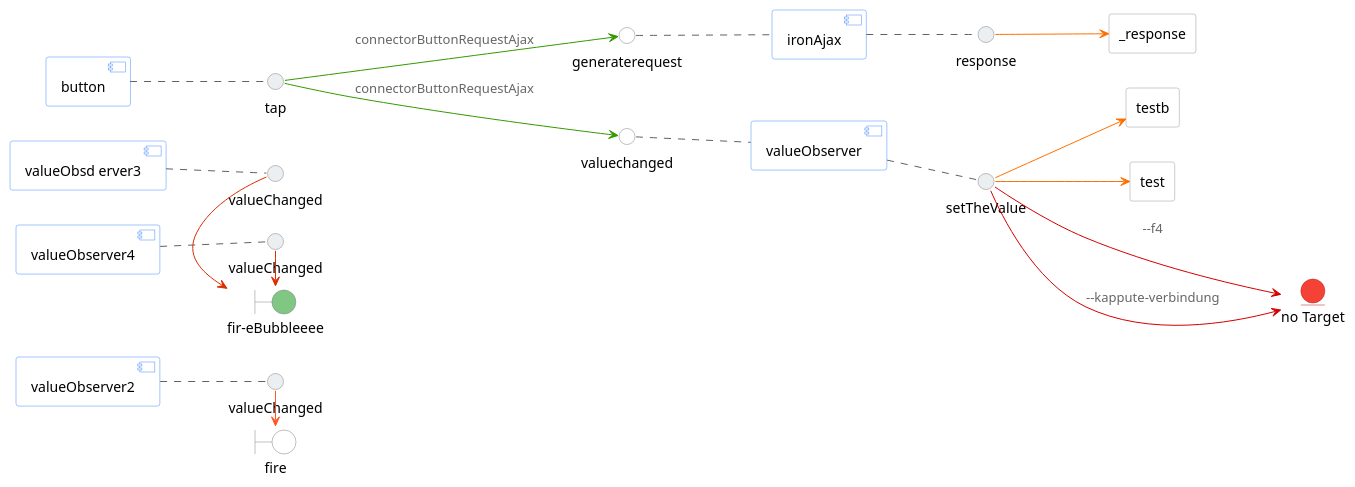
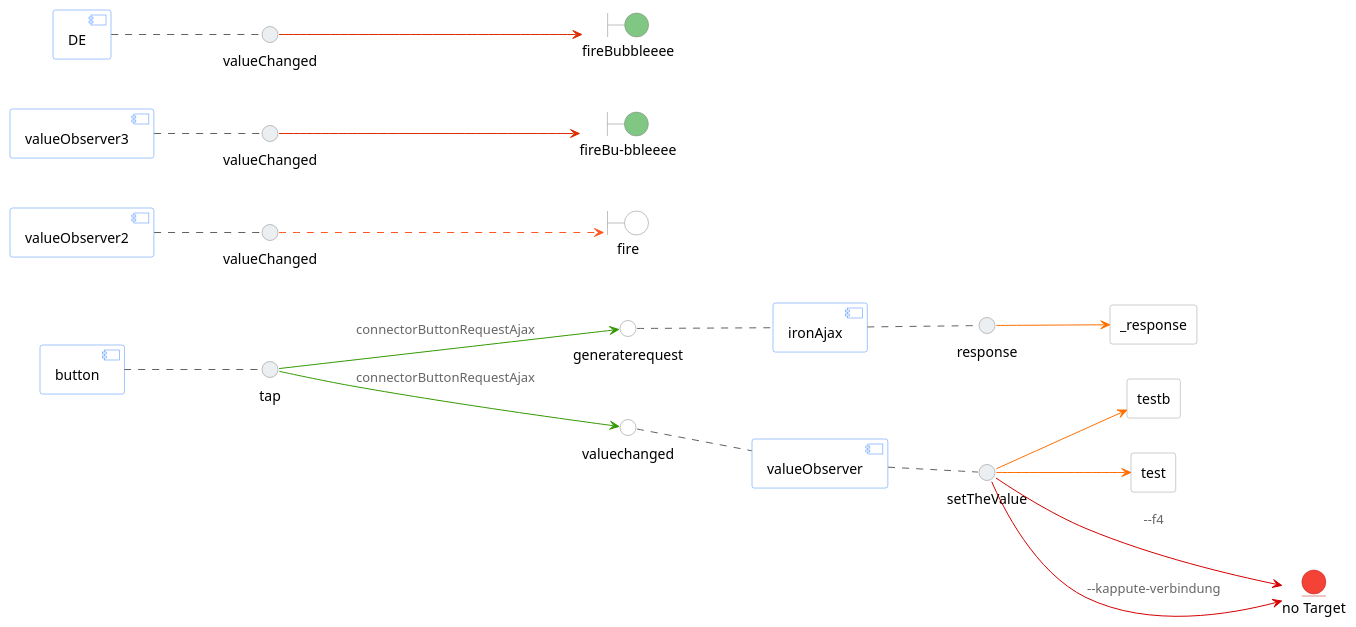
Before and after one commit to veith/flowbased-polymer: the diagram in ksd.puml, drawn with PlantUML. The commit also changed 2 other files, not shown here.

Commit message:
fire events and bubbling events with ^event and  ^^bubblingEvent

```diff
--- a/ksd.puml
+++ b/ksd.puml
@@ -1,62 +1,63 @@
 @startuml
 left to right direction
  skinparam interface {
 backgroundColor lightgrey
 borderColor grey
 }
 skinparam boundary {
 backgroundColor lightgrey
 borderColor grey
 }
 skinparam entity {
 backgroundColor #f44336
 borderColor #b71c1c
 }
 skinparam component {
 ArrowColor #339900
 ArrowFontColor #666666
 borderColor #448AFF
 }
 skinparam agent {
 ArrowFontColor #666666
 borderColor #999999
 }
 agent _response as valueelement_response #white
 component ironAjax #white
 agent testb as valueelementtestb #white
 component valueObserver #white
 agent test as valueelementtest #white
-boundary fire as fireFire #white
+boundary "fire" as fireFire #white
 component valueObserver2 #white
-boundary "fir-eBubbleeee" as firebubbleFirebubbleeee #81C784
-component "valueObsd erver3" as valueObserver3 #white
-component valueObserver4 #white
+boundary "fireBu-bbleeee" as firebubbleFirebuBbleeee #81C784
+component valueObserver3 #white
+boundary "fireBubbleeee" as firebubbleFirebubbleeee #81C784
+component "DE" as valueObserver4 #white
 component button #white
 interface generaterequest as interfaceGeneraterequestironAjax  #white
 interfaceGeneraterequestironAjax .. ironAjax #616161
 interface valuechanged as interfaceValuechangedvalueObserver  #white
 interfaceValuechangedvalueObserver .. valueObserver #616161
 interface response as interfaceResponseironAjax #ECEFF1
 ironAjax .. interfaceResponseironAjax #616161
 interfaceResponseironAjax --> valueelement_response #FF6F00
 interface setTheValue as interfaceSetTheValuevalueObserver #ECEFF1
 valueObserver .. interfaceSetTheValuevalueObserver #616161
 interfaceSetTheValuevalueObserver --> valueelementtestb #FF6F00
 interfaceSetTheValuevalueObserver --> valueelementtest #FF6F00
 interface valueChanged as interfaceValueChangedvalueObserver2 #ECEFF1
 valueObserver2 .. interfaceValueChangedvalueObserver2 #616161
-interfaceValueChangedvalueObserver2 -> fireFire #FF5722
+interfaceValueChangedvalueObserver2 ..> fireFire #FF5722
 interface valueChanged as interfaceValueChangedvalueObserver3 #ECEFF1
 valueObserver3 .. interfaceValueChangedvalueObserver3 #616161
-interfaceValueChangedvalueObserver3 -> firebubbleFirebubbleeee #DD2C00
+interfaceValueChangedvalueObserver3 --> firebubbleFirebuBbleeee #DD2C00
 interface valueChanged as interfaceValueChangedvalueObserver4 #ECEFF1
 valueObserver4 .. interfaceValueChangedvalueObserver4 #616161
-interfaceValueChangedvalueObserver4 -> firebubbleFirebubbleeee #DD2C00
+interfaceValueChangedvalueObserver4 --> firebubbleFirebubbleeee #DD2C00
 interface tap as interfaceTapbutton #ECEFF1
 button .. interfaceTapbutton #616161
 entity "no Target" as XXXXXnirvanaXXXXX
 interfaceSetTheValuevalueObserver --->  XXXXXnirvanaXXXXX  #d50000 :--f4
 interfaceSetTheValuevalueObserver --->  XXXXXnirvanaXXXXX  #d50000 :--kappute-verbindung
 interfaceTapbutton --> interfaceGeneraterequestironAjax :connectorButtonRequestAjax
 interfaceTapbutton --> interfaceValuechangedvalueObserver :connectorButtonRequestAjax
 @enduml
```
